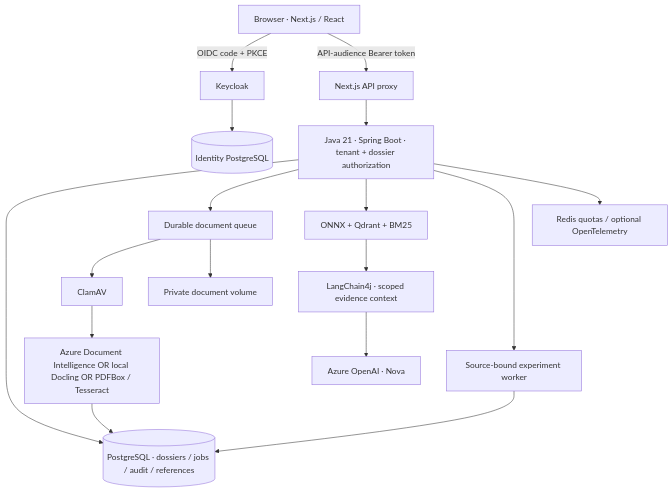
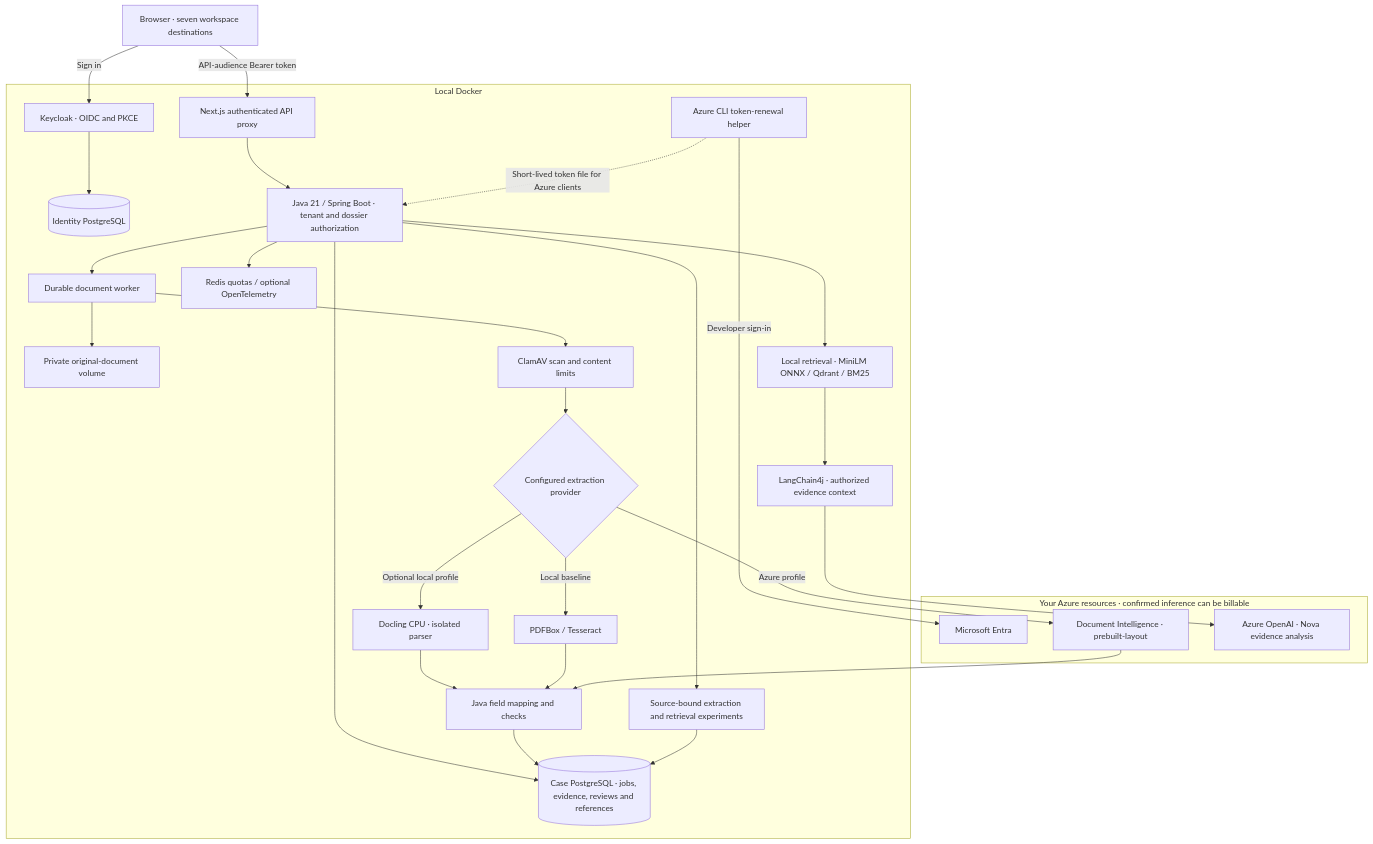
One commit to quocvietphung/document-intelligence-lab changed the diagram in README.md. Above: the diagram before and after it, drawn with Mermaid. The commit also changed other lines of this file and 10 other files, not shown here.

Commit message:
docs: refresh workspace guide screenshots and architecture

````diff
--- a/README.md
+++ b/README.md
@@ -452,19 +468,36 @@
 ```mermaid
 flowchart TD
-    U[Browser · Next.js / React] -->|OIDC code + PKCE| K[Keycloak]
-    U -->|API-audience Bearer token| N[Next.js API proxy]
-    K --> I[(Identity PostgreSQL)]
-    N --> J[Java 21 · Spring Boot · tenant + dossier authorization]
-    J --> P[(PostgreSQL · dossiers / jobs / audit / references)]
-    J --> Q[Durable document queue]
-    Q --> V[ClamAV]
-    V --> D[Azure Document Intelligence OR local Docling OR PDFBox / Tesseract]
-    Q --> S[Private document volume]
-    D --> P
-    J --> R[ONNX + Qdrant + BM25]
-    R --> L[LangChain4j · scoped evidence context]
-    L --> O[Azure OpenAI · Nova]
-    J --> E[Source-bound experiment worker]
-    E --> P
-    J --> X[Redis quotas / optional OpenTelemetry]
+    U[Browser · seven workspace destinations]
+    subgraph LOCAL[Local Docker]
+        K[Keycloak · OIDC and PKCE] --> I[(Identity PostgreSQL)]
+        N[Next.js authenticated API proxy] --> J[Java 21 / Spring Boot · tenant and dossier authorization]
+        J --> P[(Case PostgreSQL · jobs, evidence, reviews and references)]
+        J --> Q[Durable document worker]
+        Q --> S[Private original-document volume]
+        Q --> V[ClamAV scan and content limits]
+        V --> D{Configured extraction provider}
+        D -->|Optional local profile| DC[Docling CPU · isolated parser]
+        D -->|Local baseline| B[PDFBox / Tesseract]
+        DC --> F[Java field mapping and checks]
+        B --> F
+        F --> P
+        J --> R[Local retrieval · MiniLM ONNX / Qdrant / BM25]
+        R --> L[LangChain4j · authorized evidence context]
+        J --> E[Source-bound extraction and retrieval experiments]
+        E --> P
+        J --> X[Redis quotas / optional OpenTelemetry]
+        A[Azure CLI token-renewal helper]
+    end
+    subgraph CLOUD[Your Azure resources · confirmed inference can be billable]
+        EN[Microsoft Entra]
+        DI[Document Intelligence · prebuilt-layout]
+        O[Azure OpenAI · Nova evidence analysis]
+    end
+    U -->|Sign in| K
+    U -->|API-audience Bearer token| N
+    D -->|Azure profile| DI
+    DI --> F
+    L --> O
+    A -->|Developer sign-in| EN
+    A -.->|Short-lived token file for Azure clients| J
 ```
````
